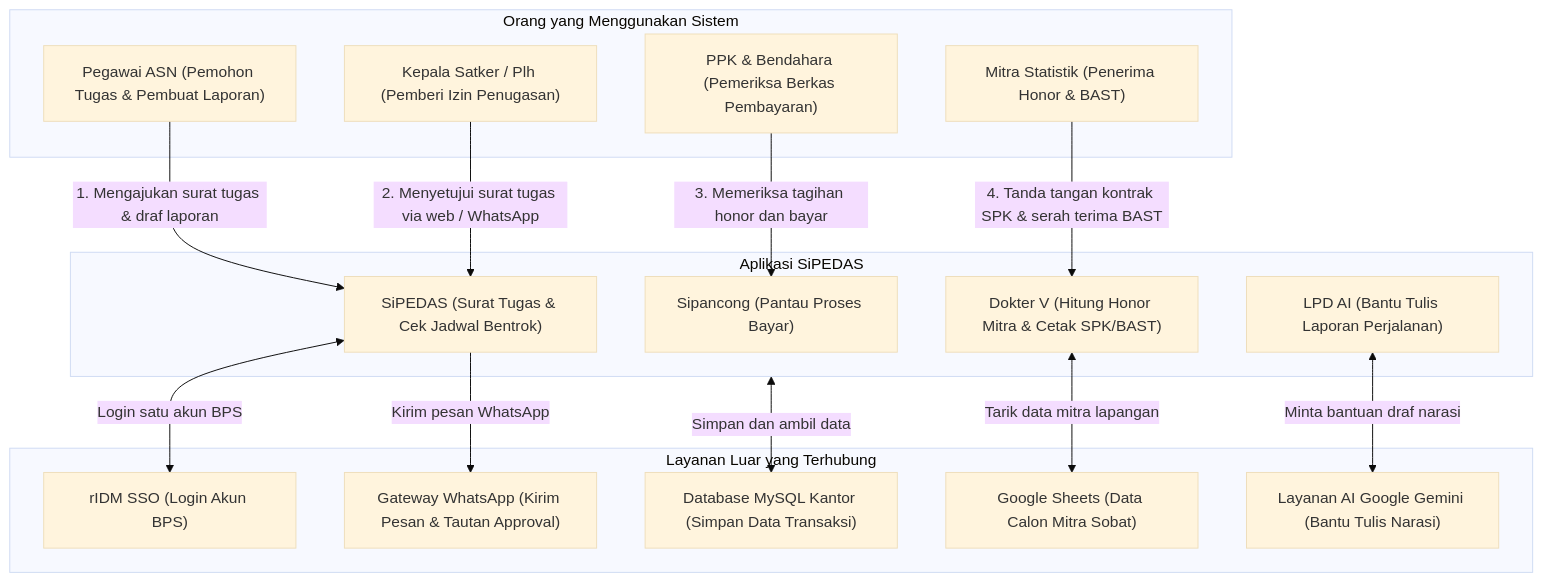
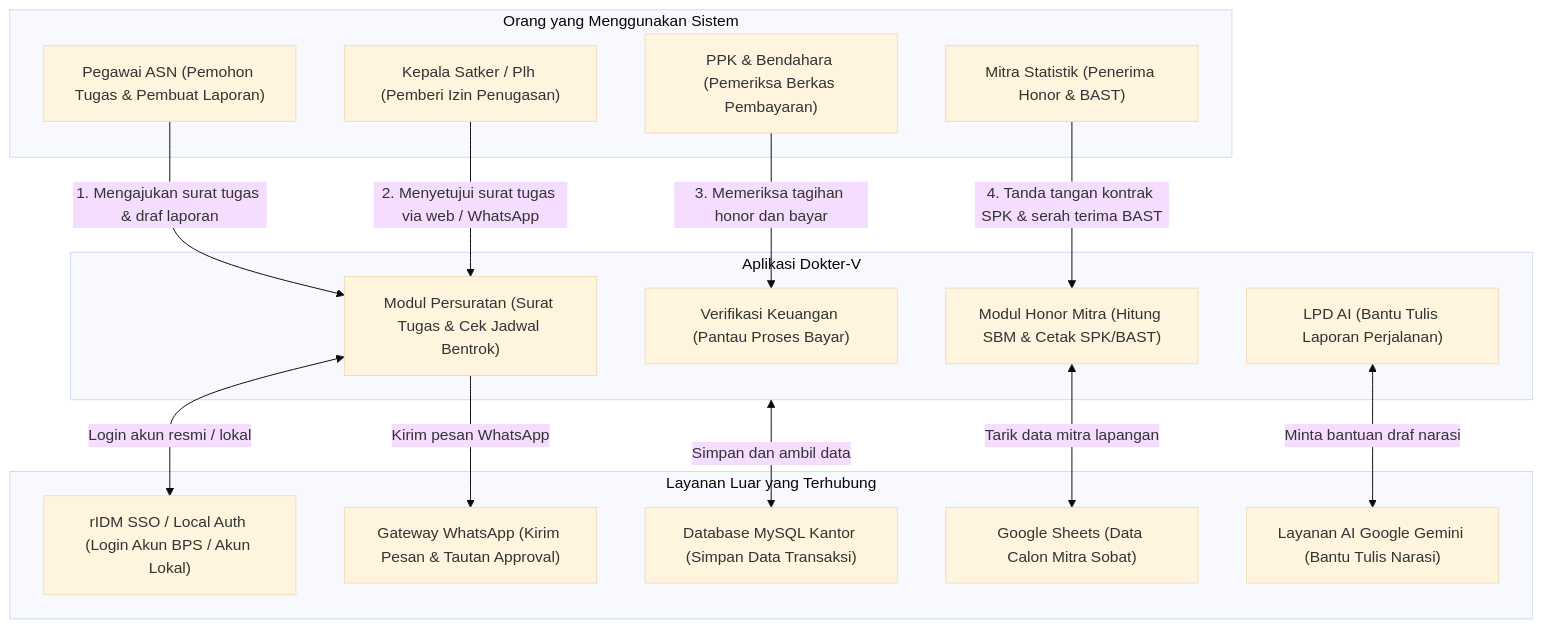
One commit to ihkaru/sipedas changed the first of 2 diagrams in docs/architecture/03_context_and_scope.md. Above: the diagram before and after it, drawn with Mermaid (base theme). The commit also changed other lines of this file and 53 other files, not shown here.

Commit message:
feat(pembayaran): eliminate SiPEDAS and Sipancong legacy names, refresh arc42 baseline, and add backward-compatible redirect

````diff
--- a/docs/architecture/03_context_and_scope.md
+++ b/docs/architecture/03_context_and_scope.md
@@ -17,35 +17,35 @@
 ```mermaid
 flowchart TD
     subgraph Pengguna["Orang yang Menggunakan Sistem"]
         Pegawai["Pegawai ASN (Pemohon Tugas & Pembuat Laporan)"]
         Pimpinan["Kepala Satker / Plh (Pemberi Izin Penugasan)"]
         Keuangan["PPK & Bendahara (Pemeriksa Berkas Pembayaran)"]
         Mitra["Mitra Statistik (Penerima Honor & BAST)"]
     end
 
-    subgraph SiPEDAS_System["Aplikasi SiPEDAS"]
-        Core["SiPEDAS (Surat Tugas & Cek Jadwal Bentrok)"]
-        DokterV["Dokter V (Hitung Honor Mitra & Cetak SPK/BAST)"]
-        Sipancong["Sipancong (Pantau Proses Bayar)"]
+    subgraph DokterV_System["Aplikasi Dokter-V"]
+        Core["Modul Persuratan (Surat Tugas & Cek Jadwal Bentrok)"]
+        HonorModul["Modul Honor Mitra (Hitung SBM & Cetak SPK/BAST)"]
+        KeuanganModul["Verifikasi Keuangan (Pantau Proses Bayar)"]
         LPDAI["LPD AI (Bantu Tulis Laporan Perjalanan)"]
     end
 
     subgraph LayananLuar["Layanan Luar yang Terhubung"]
-        RIDM["rIDM SSO (Login Akun BPS)"]
+        RIDM["rIDM SSO / Local Auth (Login Akun BPS / Akun Lokal)"]
         AinaWA["Gateway WhatsApp (Kirim Pesan & Tautan Approval)"]
         AIGw["Layanan AI Google Gemini (Bantu Tulis Narasi)"]
         GSheets["Google Sheets (Data Calon Mitra Sobat)"]
         DB["Database MySQL Kantor (Simpan Data Transaksi)"]
     end
 
     Pegawai -->|1. Mengajukan surat tugas & draf laporan| Core
     Pimpinan -->|2. Menyetujui surat tugas via web / WhatsApp| Core
-    Keuangan -->|3. Memeriksa tagihan honor dan bayar| Sipancong
-    Mitra -->|4. Tanda tangan kontrak SPK & serah terima BAST| DokterV
+    Keuangan -->|3. Memeriksa tagihan honor dan bayar| KeuanganModul
+    Mitra -->|4. Tanda tangan kontrak SPK & serah terima BAST| HonorModul
 
-    Core <-->|Login satu akun BPS| RIDM
+    Core <-->|Login akun resmi / lokal| RIDM
     Core -->|Kirim pesan WhatsApp| AinaWA
-    DokterV <-->|Tarik data mitra lapangan| GSheets
+    HonorModul <-->|Tarik data mitra lapangan| GSheets
     LPDAI <-->|Minta bantuan draf narasi| AIGw
-    SiPEDAS_System <-->|Simpan dan ambil data| DB
+    DokterV_System <-->|Simpan dan ambil data| DB
 ```
````
